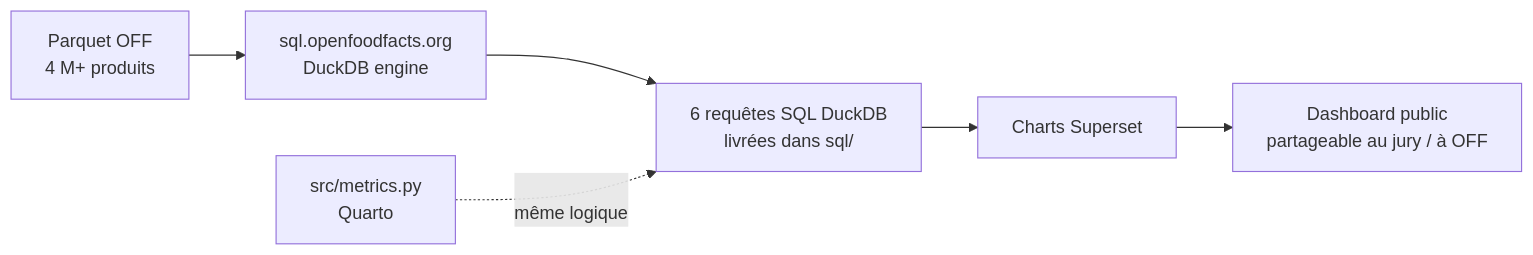
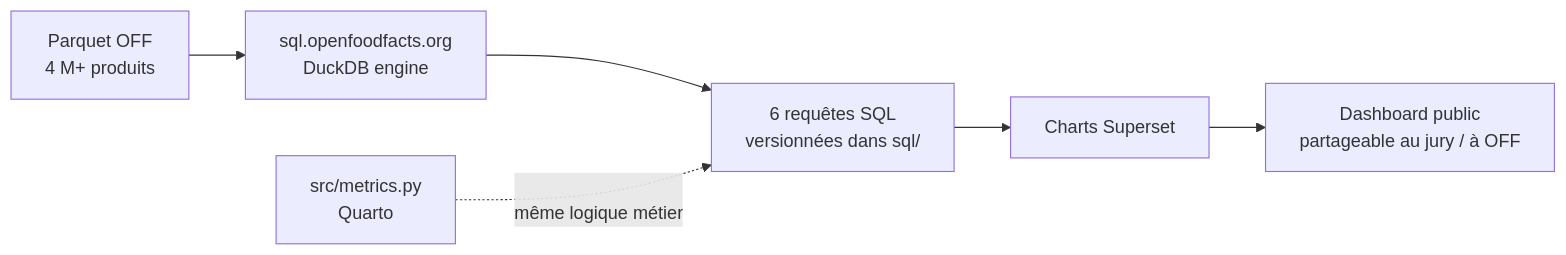
The diagram in report/04-superset.qmd (Manonsigilla/tradukthon-mondiale), drawn with Mermaid before and after one commit. The commit also changed other lines of this file and 2 other files, not shown here.

````diff
--- a/report/04-superset.qmd
+++ b/report/04-superset.qmd
@@ -31,8 +31,8 @@
 ```{mermaid}
 flowchart LR
     A[Parquet OFF<br/>4 M+ produits] --> B[sql.openfoodfacts.org<br/>DuckDB engine]
-    B --> C[6 requêtes SQL DuckDB<br/>livrées dans sql/]
+    B --> C[6 requêtes SQL<br/>versionnées dans sql/]
     C --> D[Charts Superset]
     D --> E[Dashboard public<br/>partageable au jury / à OFF]
-    F[src/metrics.py<br/>Quarto] -.<br/>même logique.-> C
+    F[src/metrics.py<br/>Quarto] -.<br/>même logique métier.-> C
 ```
````
